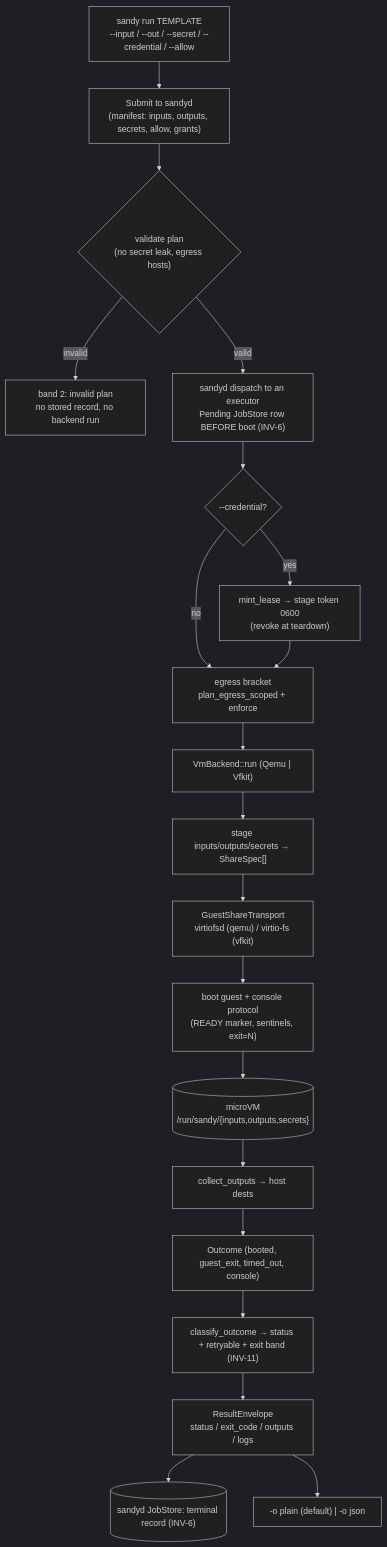
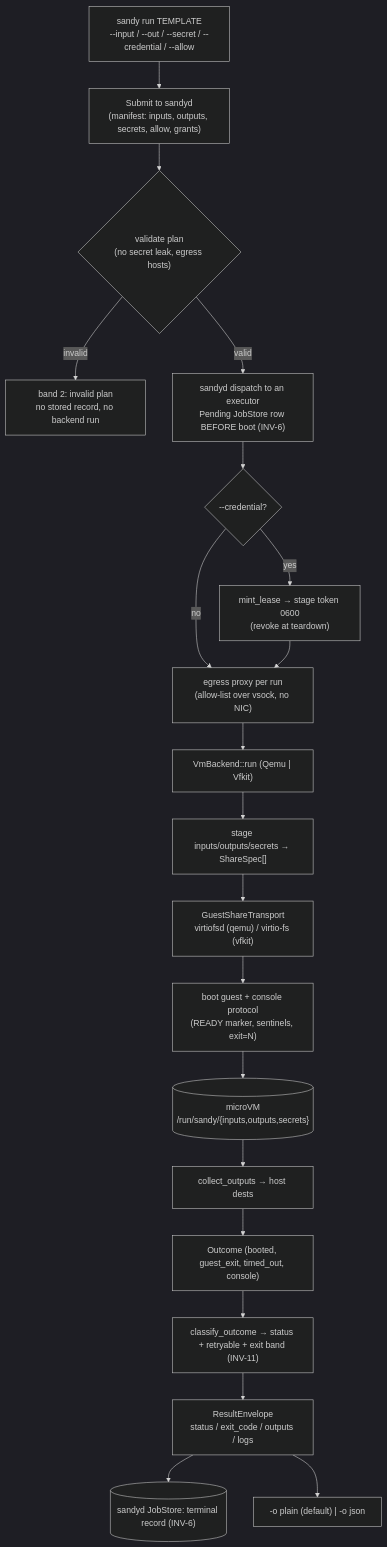
One commit to kauki-labs/sandy changed the first of 3 diagrams in docs/architecture/overview.md. Above: the diagram before and after it, drawn with Mermaid (dark theme). The commit also changed other lines of this file and 14 other files, not shown here.

````diff
--- a/docs/architecture/overview.md
+++ b/docs/architecture/overview.md
@@ -27,23 +27,23 @@
 ```mermaid
 flowchart TD
   cli["sandy run TEMPLATE<br/>--input / --out / --secret / --credential / --allow"]
   cli --> plan["Submit to sandyd<br/>(manifest: inputs, outputs, secrets, allow, grants)"]
   plan --> validate{"validate plan<br/>(no secret leak, egress hosts)"}
   validate -- invalid --> band2["band 2: invalid plan<br/>no stored record, no backend run"]
   validate -- valid --> sup["sandyd dispatch to an executor<br/>Pending JobStore row BEFORE boot (INV-6)"]
   sup --> cred{"--credential?"}
   cred -- yes --> mint["mint_lease → stage token 0600<br/>(revoke at teardown)"]
   cred -- no --> egress
-  mint --> egress["egress bracket<br/>plan_egress_scoped + enforce"]
+  mint --> egress["egress proxy per run<br/>(allow-list over vsock, no NIC)"]
   egress --> run["VmBackend::run (Qemu | Vfkit)"]
   run --> stage["stage inputs/outputs/secrets → ShareSpec[]"]
   stage --> xport["GuestShareTransport<br/>virtiofsd (qemu) / virtio-fs (vfkit)"]
   xport --> boot["boot guest + console protocol<br/>(READY marker, sentinels, exit=N)"]
   boot --> guest[("microVM<br/>/run/sandy/{inputs,outputs,secrets}")]
   guest --> collect["collect_outputs → host dests"]
   collect --> outcome["Outcome (booted, guest_exit, timed_out, console)"]
   outcome --> classify["classify_outcome → status + retryable + exit band (INV-11)"]
   classify --> env["ResultEnvelope<br/>status / exit_code / outputs / logs"]
   env --> store[("sandyd JobStore: terminal record (INV-6)")]
   env --> render["-o plain (default) | -o json"]
 ```
````
